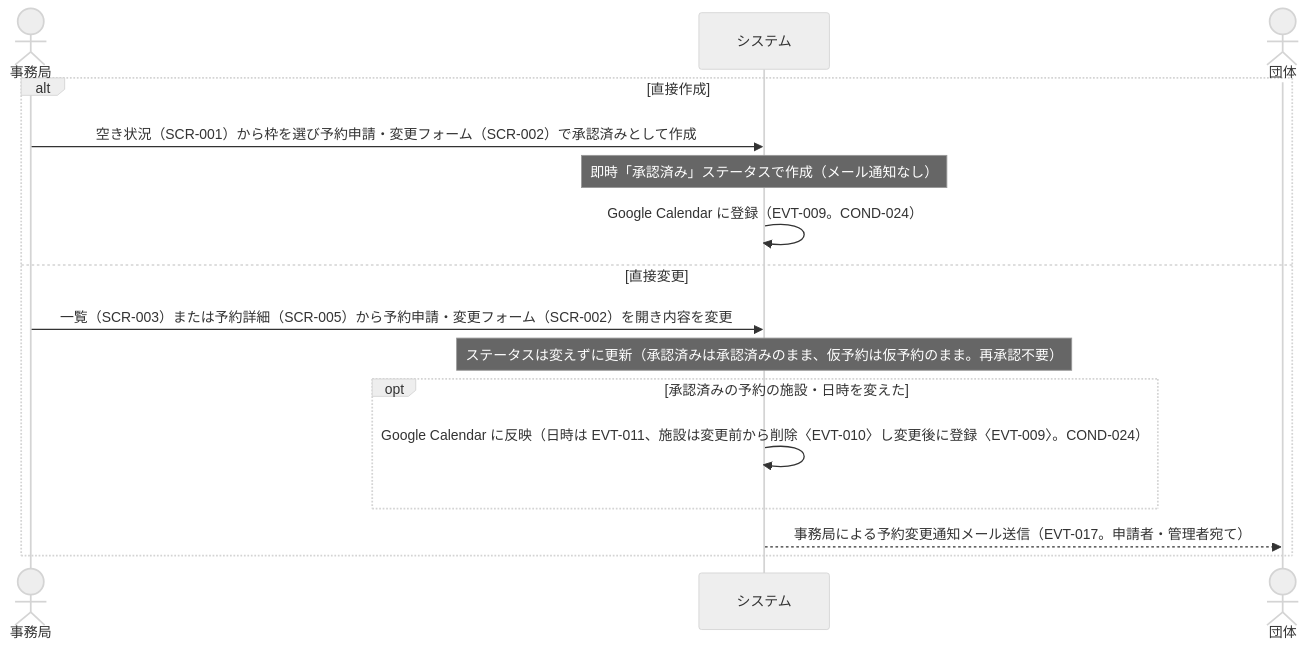
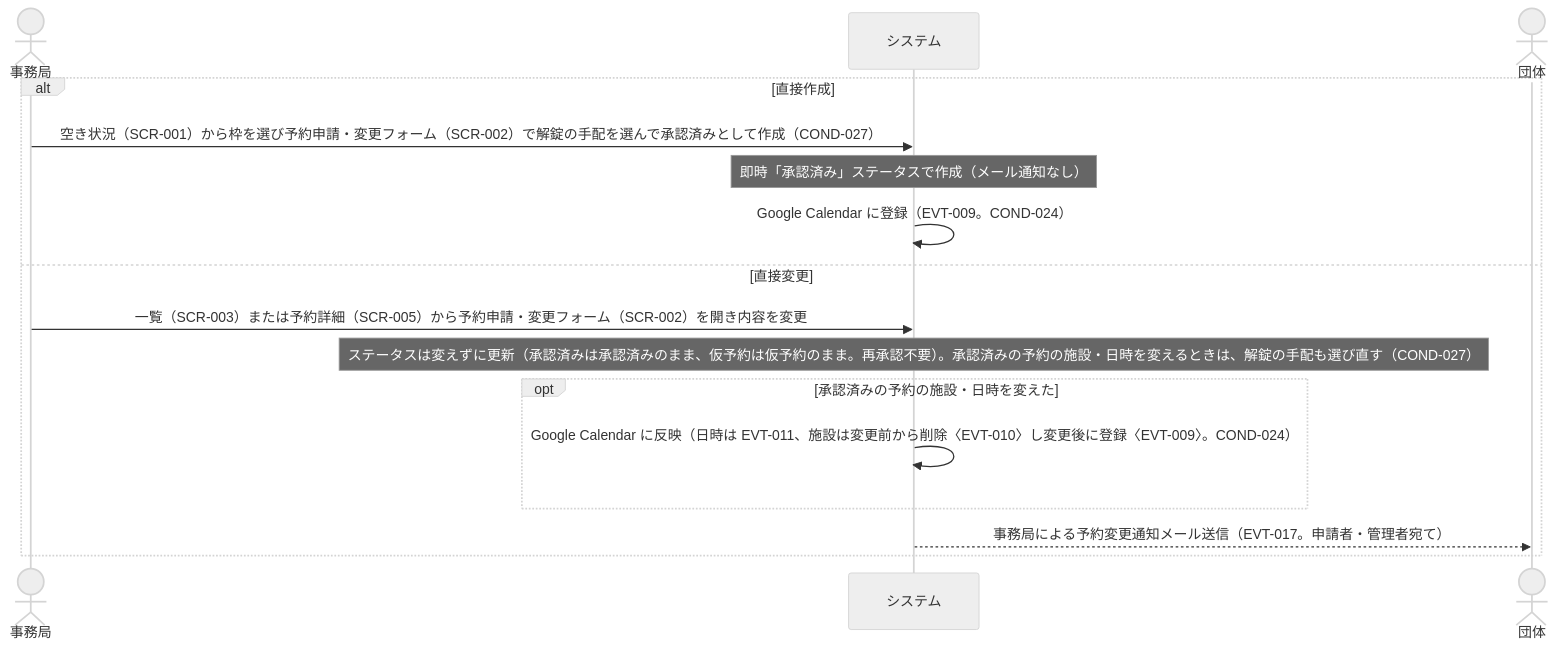
Before and after one commit to gdsc-osaka/iclub-reserve: the fourth of 6 diagrams in rdra/contexts/reservation-approval.md, drawn with Mermaid (neutral theme). The commit also changed other lines of this file and 10 other files, not shown here.

````diff
--- a/rdra/contexts/reservation-approval.md
+++ b/rdra/contexts/reservation-approval.md
@@ -262,19 +303,19 @@
 ```mermaid
 sequenceDiagram
     actor 事務局
     participant システム
     actor 団体
 
     alt 直接作成
-        事務局->>システム: 空き状況（SCR-001）から枠を選び予約申請・変更フォーム（SCR-002）で承認済みとして作成
+        事務局->>システム: 空き状況（SCR-001）から枠を選び予約申請・変更フォーム（SCR-002）で解錠の手配を選んで承認済みとして作成（COND-027）
         Note over システム: 即時「承認済み」ステータスで作成（メール通知なし）
         システム->>システム: Google Calendar に登録（EVT-009。COND-024）
     else 直接変更
         事務局->>システム: 一覧（SCR-003）または予約詳細（SCR-005）から予約申請・変更フォーム（SCR-002）を開き内容を変更
-        Note over システム: ステータスは変えずに更新（承認済みは承認済みのまま、仮予約は仮予約のまま。再承認不要）
+        Note over システム: ステータスは変えずに更新（承認済みは承認済みのまま、仮予約は仮予約のまま。再承認不要）。承認済みの予約の施設・日時を変えるときは、解錠の手配も選び直す（COND-027）
         opt 承認済みの予約の施設・日時を変えた
             システム->>システム: Google Calendar に反映（日時は EVT-011、施設は変更前から削除〈EVT-010〉し変更後に登録〈EVT-009〉。COND-024）
         end
         システム-->>団体: 事務局による予約変更通知メール送信（EVT-017。申請者・管理者宛て）
     end
 ```
````
